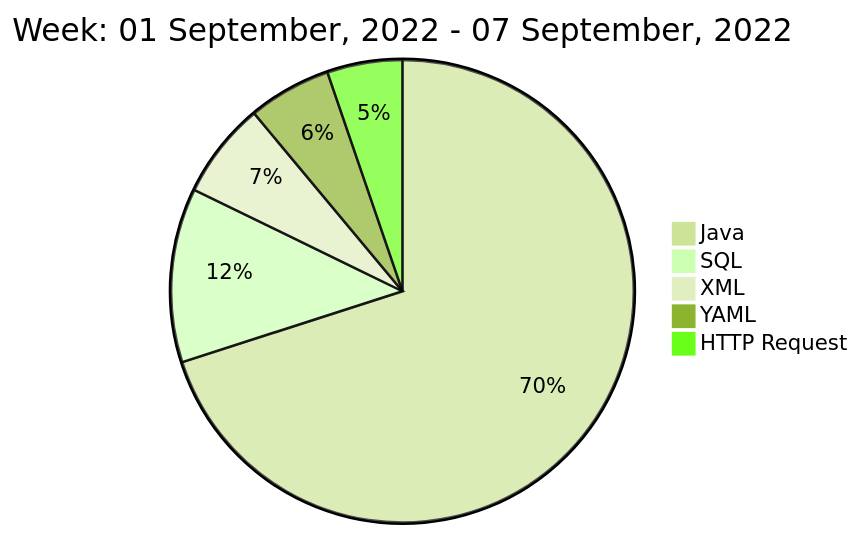
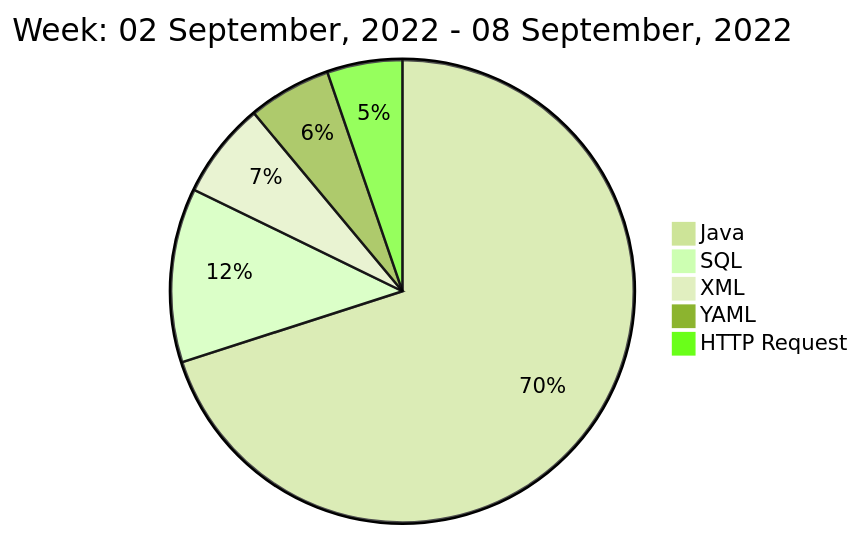
Before and after one commit to liubin95/liubin95: the diagram in README.md, drawn with Mermaid (forest theme).

Commit message:
Updated the Graph with new Metrics

````diff
--- a/README.md
+++ b/README.md
@@ -40,9 +40,9 @@
 ```mermaid
  pie
-title Week: 01 September, 2022 - 07 September, 2022
+title Week: 02 September, 2022 - 08 September, 2022
  "Java" : 7.6
  "SQL" : 1.32
  "XML" : 0.73
  "YAML" : 0.63
  "HTTP Request" : 0.57
 ```
````
